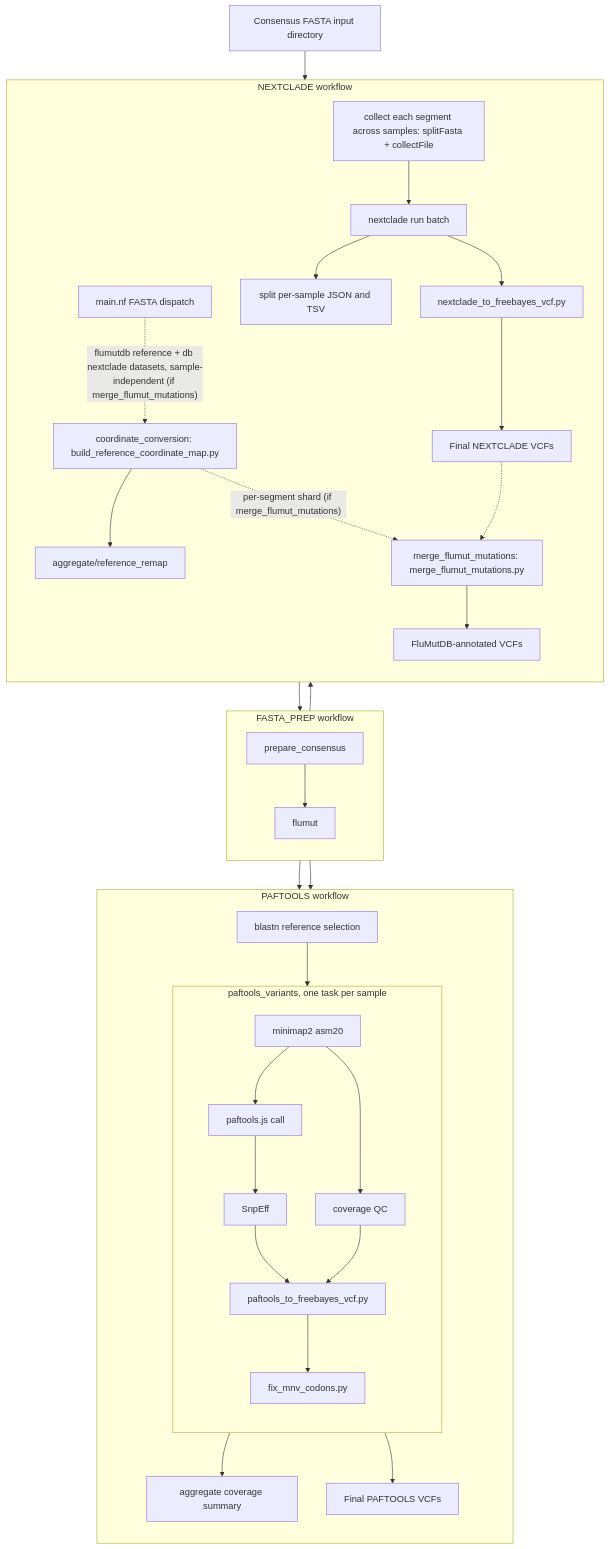
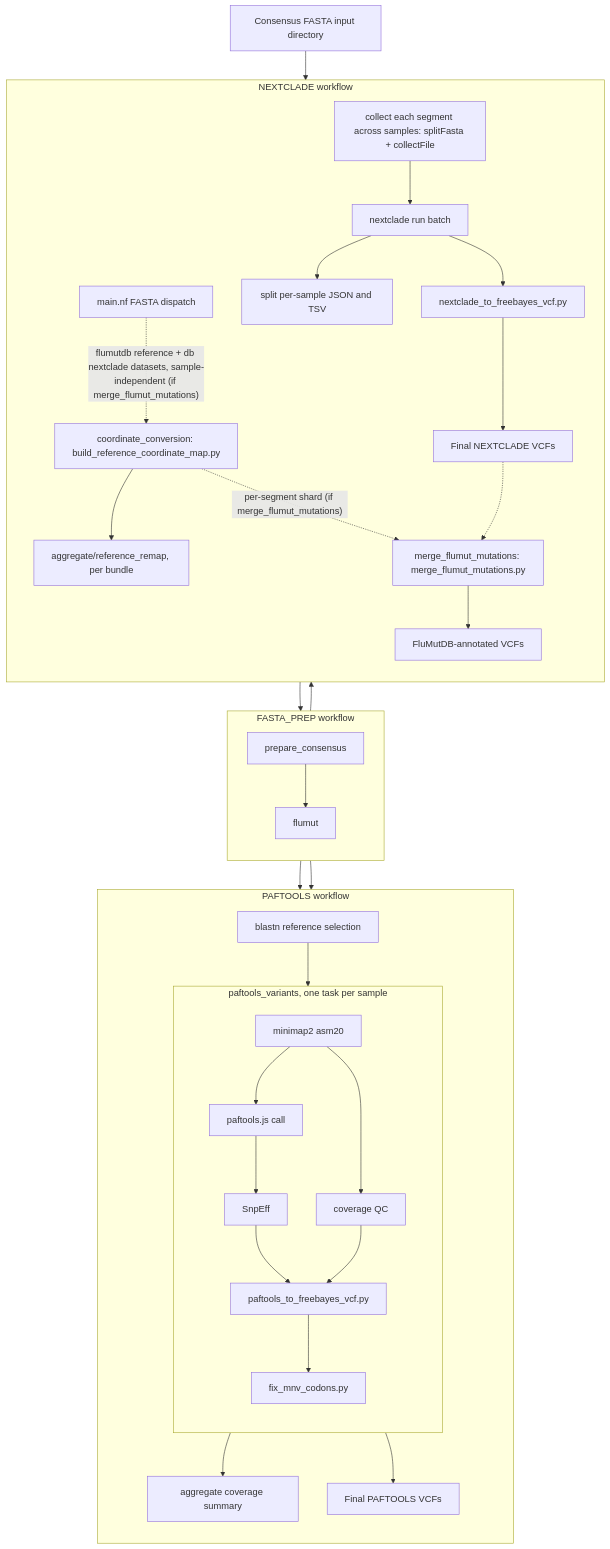
Before and after one commit to BCCDC-PHL/fluscan-nf: the diagram in README.md, drawn with Mermaid. The commit also changed other lines of this file and 15 other files, not shown here.

Commit message:
Accept a per-sample DB bundle in the FASTA sample sheet (#27)

````diff
--- a/README.md
+++ b/README.md
@@ -43,70 +43,70 @@
 ```mermaid
 flowchart TD
     input[Consensus FASTA input directory]
     dispatch[main.nf FASTA dispatch]
 
     input --> dispatch
     dispatch --> prepare
 
     subgraph FASTA_PREP[FASTA_PREP workflow]
         direction TB
         prepare[prepare_consensus]
         prep_flumut[flumut]
 
         prepare --> prep_flumut
     end
 
     subgraph PAFTOOLS[PAFTOOLS workflow]
         direction TB
         blastn[blastn reference selection]
         covagg[aggregate coverage summary]
         paf_final[Final PAFTOOLS VCFs]
 
         subgraph paftools_variants[paftools_variants, one task per sample]
             direction TB
             minimap[minimap2 asm20]
             covqc[coverage QC]
             paftools_call[paftools.js call]
             snpeff[SnpEff]
             paf2fb[paftools_to_freebayes_vcf.py]
             fixmnv_paf[fix_mnv_codons.py]
 
             minimap --> covqc
             minimap --> paftools_call
             paftools_call --> snpeff
             snpeff --> paf2fb
             covqc --> paf2fb
             paf2fb --> fixmnv_paf
         end
 
         prepare --> blastn
         prepare --> minimap
         blastn --> minimap
         covqc --> covagg
         fixmnv_paf --> paf_final
     end
 
     subgraph NEXTCLADE[NEXTCLADE workflow]
         direction TB
         groupseg[collect each segment across samples: splitFasta + collectFile]
         nc_run[nextclade run batch]
         split_results[split per-sample JSON and TSV]
         nc2vcf[nextclade_to_freebayes_vcf.py]
         nc_final[Final NEXTCLADE VCFs]
         coord_map[coordinate_conversion: build_reference_coordinate_map.py]
-        coord_final[aggregate/reference_remap]
+        coord_final[aggregate/reference_remap, per bundle]
         flumut_merge[merge_flumut_mutations: merge_flumut_mutations.py]
         flumut_annotated[FluMutDB-annotated VCFs]
 
         prepare --> groupseg
         groupseg --> nc_run
         nc_run --> split_results
         nc_run --> nc2vcf
         nc2vcf --> nc_final
         dispatch -.->|"flumutdb reference + db nextclade datasets, sample-independent (if merge_flumut_mutations)"| coord_map
         coord_map --> coord_final
         coord_map -.->|"per-segment shard (if merge_flumut_mutations)"| flumut_merge
         nc_final -.-> flumut_merge
         flumut_merge --> flumut_annotated
     end
 ```
````
